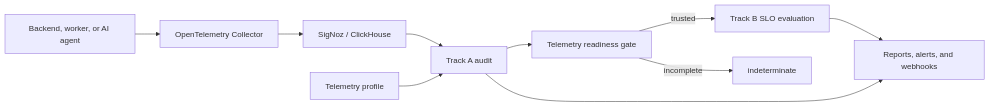
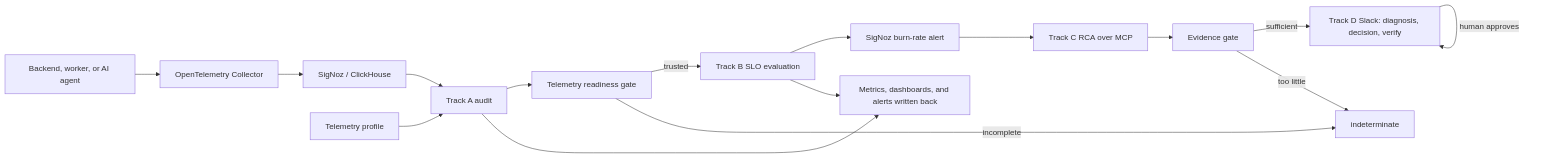
Before and after one commit to guruvedhanth-s/signoz: the diagram in sre-sidekick/README.md, drawn with Mermaid. The commit also changed other lines of this file and 1 other file, not shown here.

````diff
--- a/sre-sidekick/README.md
+++ b/sre-sidekick/README.md
@@ -20,21 +45,32 @@
 ```mermaid
 flowchart LR
     Application["Backend, worker, or AI agent"]
     Collector["OpenTelemetry Collector"]
     SigNoz["SigNoz / ClickHouse"]
     Profile["Telemetry profile"]
     TrackA["Track A audit"]
     Gate["Telemetry readiness gate"]
     SLO["Track B SLO evaluation"]
-    Output["Reports, alerts, and webhooks"]
+    Alert["SigNoz burn-rate alert"]
+    RCA["Track C RCA over MCP"]
+    Evidence["Evidence gate"]
+    Slack["Track D Slack: diagnosis, decision, verify"]
+    Output["Metrics, dashboards, and alerts written back"]
+    Indeterminate["indeterminate"]
 
     Application --> Collector
     Collector --> SigNoz
+    Profile --> TrackA
     SigNoz --> TrackA
-    Profile --> TrackA
     TrackA --> Gate
     Gate -->|"trusted"| SLO
-    Gate -->|"incomplete"| Indeterminate["indeterminate"]
+    Gate -->|"incomplete"| Indeterminate
+    SLO --> Alert
     SLO --> Output
     TrackA --> Output
+    Alert --> RCA
+    RCA --> Evidence
+    Evidence -->|"sufficient"| Slack
+    Evidence -->|"too little"| Indeterminate
+    Slack -->|"human approves"| Slack
 ```
````
